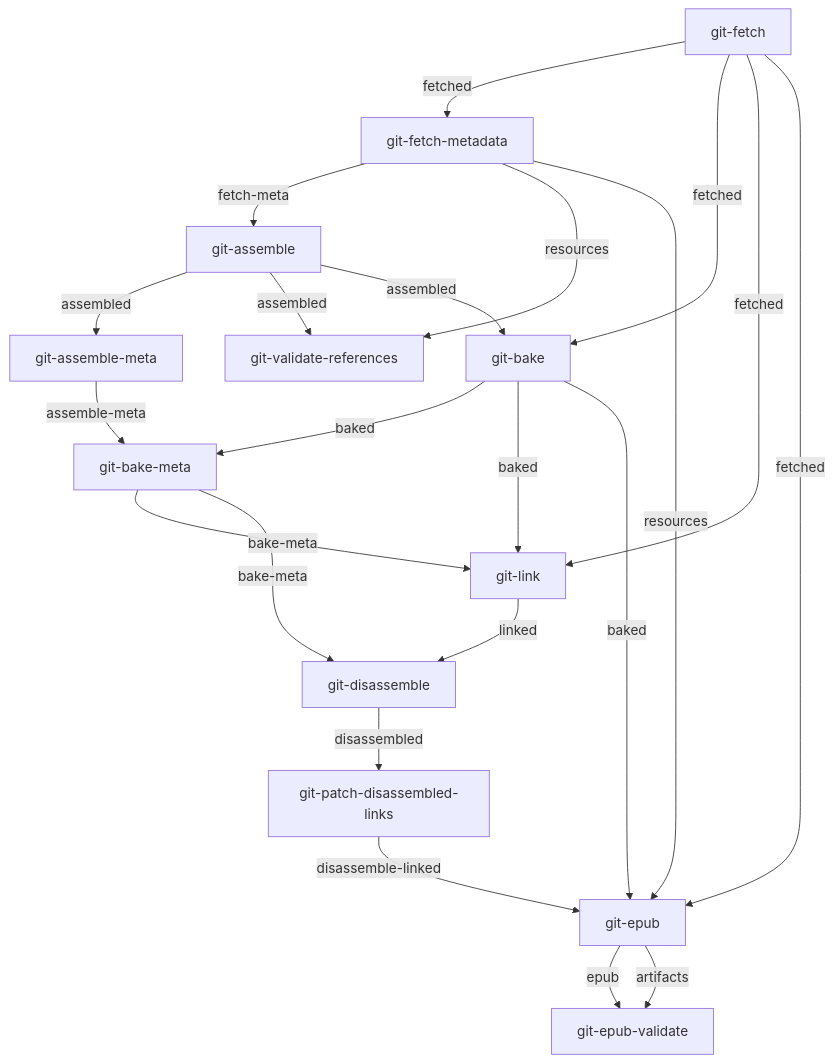
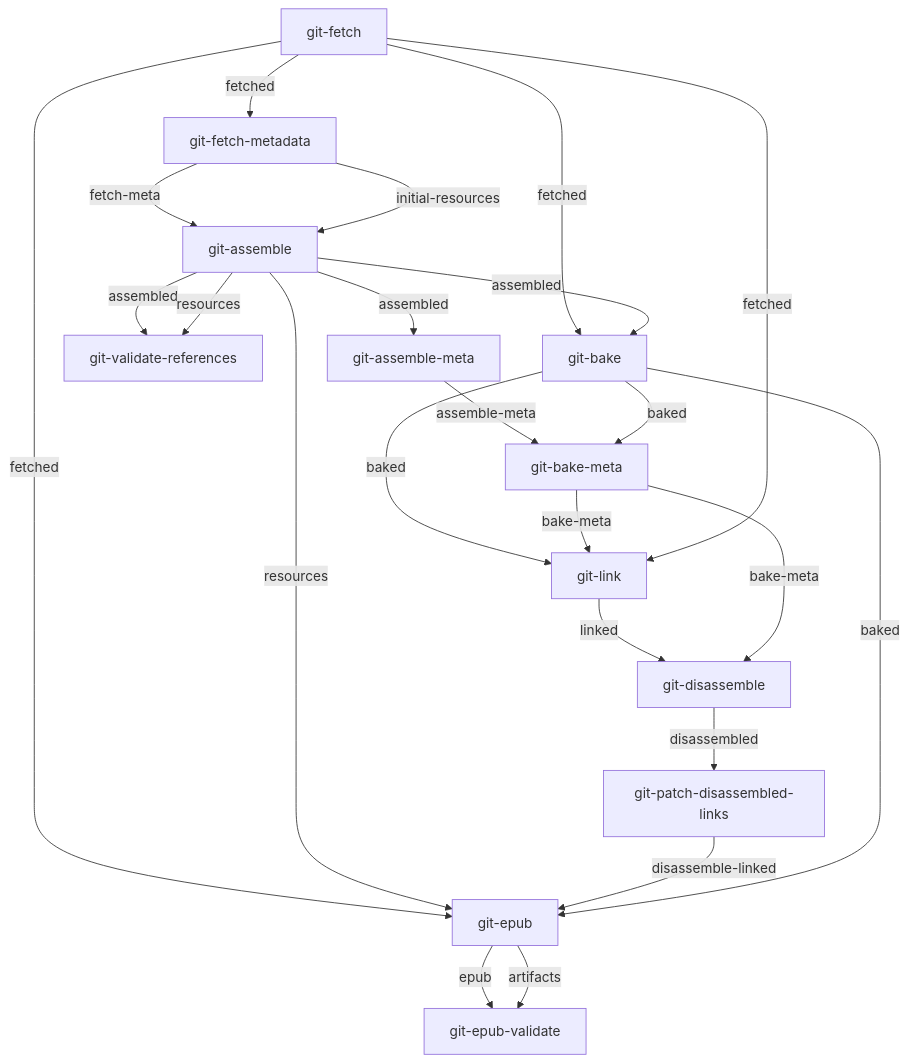
Before and after one commit to openstax/enki: the third of 4 diagrams in build-concourse/graphs/README.md, drawn with Mermaid. The commit also changed other lines of this file and 10 other files, not shown here.

Commit message:
add initial resources folder into the steps

````diff
--- a/build-concourse/graphs/README.md
+++ b/build-concourse/graphs/README.md
@@ -68,24 +70,25 @@
 ```mermaid
 graph TB
     git-fetch -- fetched --> git-fetch-metadata
     git-fetch-metadata -- fetch-meta --> git-assemble
+    git-fetch-metadata -- initial-resources --> git-assemble
     git-assemble -- assembled --> git-assemble-meta
     git-assemble -- assembled --> git-validate-references
-    git-fetch-metadata -- resources --> git-validate-references
+    git-assemble -- resources --> git-validate-references
     git-fetch -- fetched --> git-bake
     git-assemble -- assembled --> git-bake
     git-assemble-meta -- assemble-meta --> git-bake-meta
     git-bake -- baked --> git-bake-meta
     git-bake -- baked --> git-link
     git-bake-meta -- bake-meta --> git-link
     git-fetch -- fetched --> git-link
     git-link -- linked --> git-disassemble
     git-bake-meta -- bake-meta --> git-disassemble
     git-disassemble -- disassembled --> git-patch-disassembled-links
     git-fetch -- fetched --> git-epub
-    git-fetch-metadata -- resources --> git-epub
+    git-assemble -- resources --> git-epub
     git-patch-disassembled-links -- disassemble-linked --> git-epub
     git-bake -- baked --> git-epub
     git-epub -- epub --> git-epub-validate
     git-epub -- artifacts --> git-epub-validate
 ```
````
